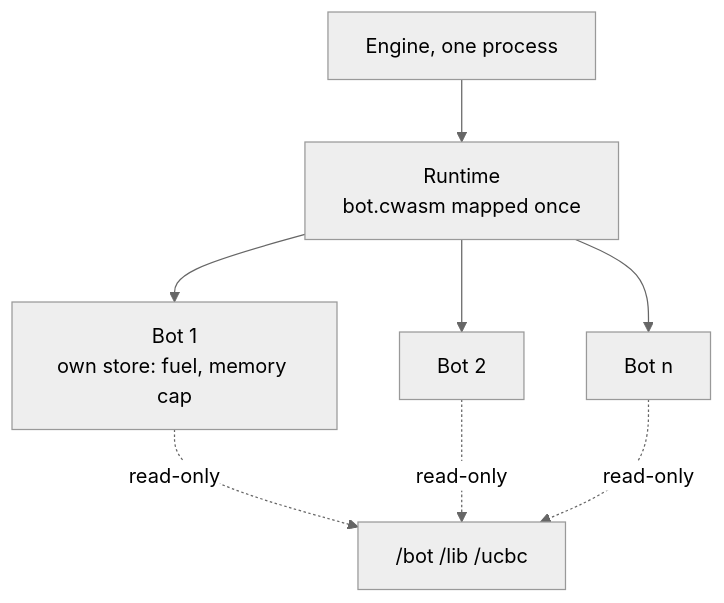
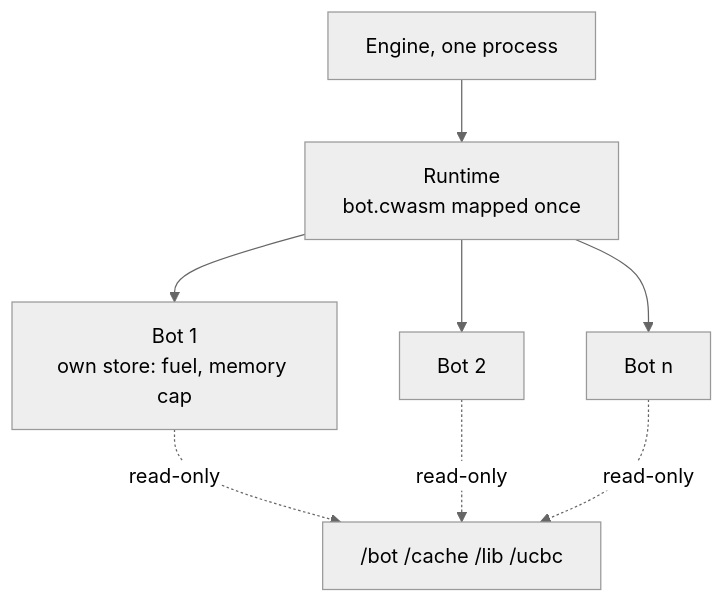
One commit to aheschl1/ucalgarybc2027 changed the second of 3 diagrams in docs/wasm.md. Above: the diagram before and after it, drawn with Mermaid (neutral theme). The commit also changed other lines of this file and 15 other files, not shown here.

````diff
--- a/docs/wasm.md
+++ b/docs/wasm.md
@@ -32,10 +32,10 @@
 ```mermaid
 flowchart TD
     E[Engine, one process] --> R[Runtime<br/>bot.cwasm mapped once]
     R --> B1[Bot 1<br/>own store: fuel, memory cap]
     R --> B2[Bot 2]
     R --> BN[Bot n]
-    B1 -. read-only .-> FS["/bot  /lib  /ucbc"]
+    B1 -. read-only .-> FS["/bot  /cache  /lib  /ucbc"]
     B2 -. read-only .-> FS
     BN -. read-only .-> FS
 ```
````
